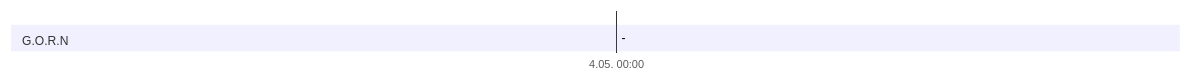
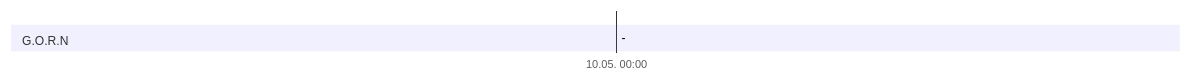
One commit to LorenJaffrey/DnD_PFT changed diagram 17 of 20 in Kampagne/Timeline Kampagne 2.md. Above: the diagram before and after it, drawn with Mermaid. The commit also changed other lines of this file, not shown here.

Commit message:
Timeline aktualisiert

````diff
--- a/Kampagne/Timeline Kampagne 2.md
+++ b/Kampagne/Timeline Kampagne 2.md
@@ -204,9 +277,9 @@
 ```mermaid
 gantt
 	dateFormat HH:mm
 	axisFormat %e.%m. %H:%M
 	tickinterval 1hour
-	weekday saturday
+	weekday monday
 	section G.O.R.N
-		-: a1, 2024-05-04 00:00, 
+		-: a1, 2024-05-10 00:00, 
 ```
````
